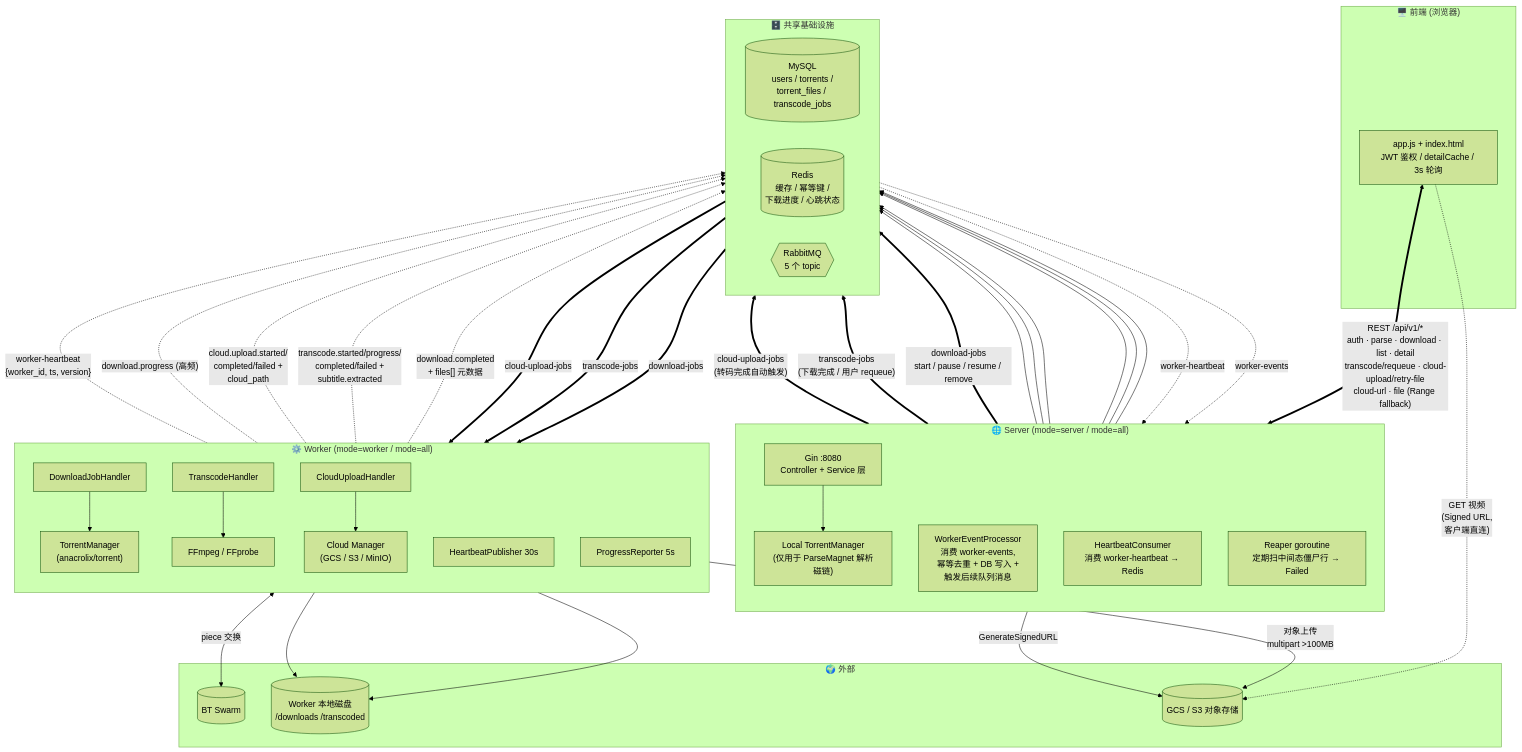
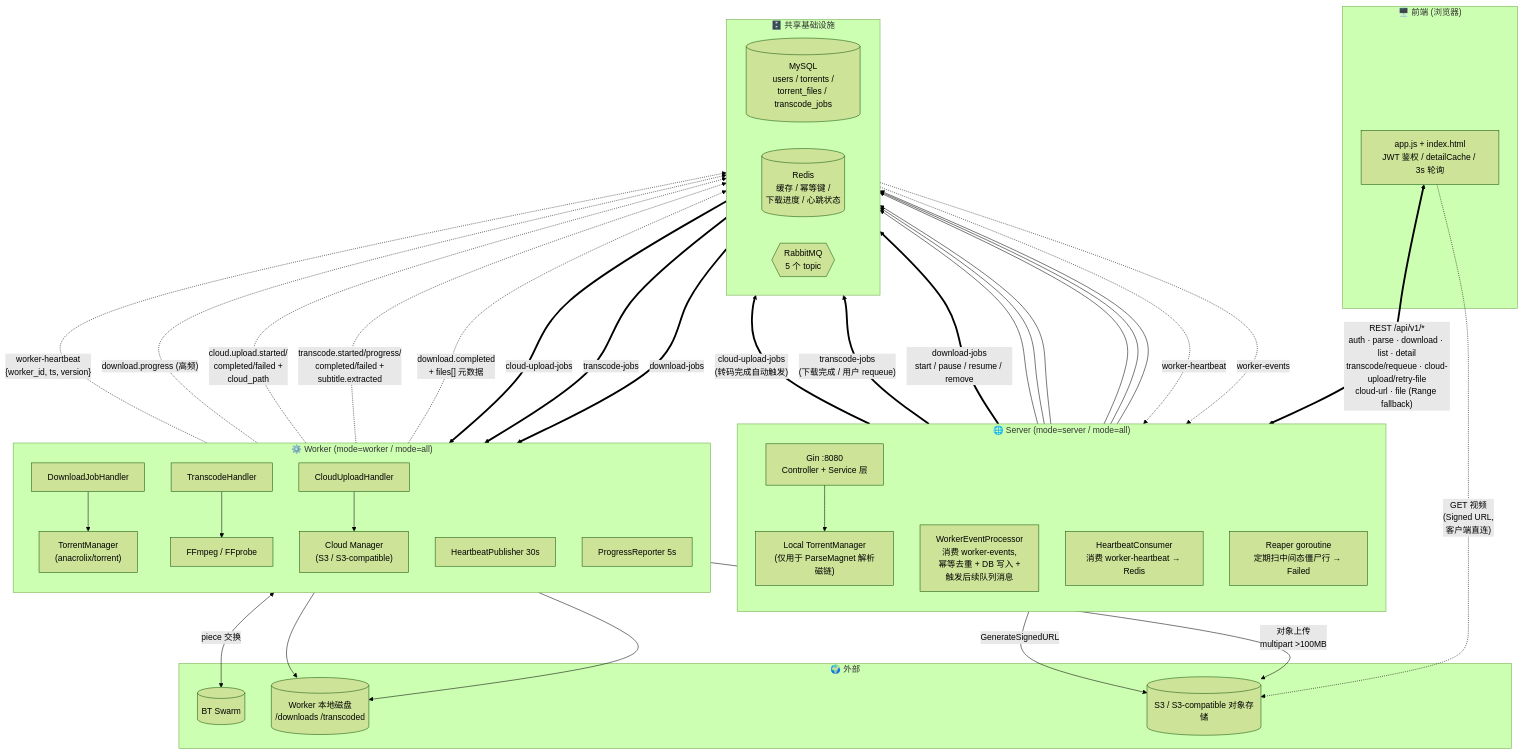
Before and after one commit to JackYinpei/magnet2video: the diagram in README.md, drawn with Mermaid (forest theme). The commit also changed other lines of this file and 17 other files, not shown here.

```diff
--- a/README.md
+++ b/README.md
@@ -65,7 +65,7 @@
     JobCU["CloudUploadHandler"]
     P2PMgr["TorrentManager<br/>(anacrolix/torrent)"]
     FFmpeg["FFmpeg / FFprobe"]
-    CloudMgr["Cloud Manager<br/>(GCS / S3 / MinIO)"]
+    CloudMgr["Cloud Manager<br/>(S3 / S3-compatible)"]
     HBPub["HeartbeatPublisher 30s"]
     ProgRpt["ProgressReporter 5s"]
   end
@@ -80,7 +80,7 @@
   subgraph EXT["🌍 外部"]
     P2P[(BT Swarm)]
     LocalDisk[(Worker 本地磁盘<br/>/downloads /transcoded)]
-    Cloud[(GCS / S3 对象存储)]
+    Cloud[(S3 / S3-compatible 对象存储)]
   end
 
   %% Frontend ↔ Server (HTTP)
```
